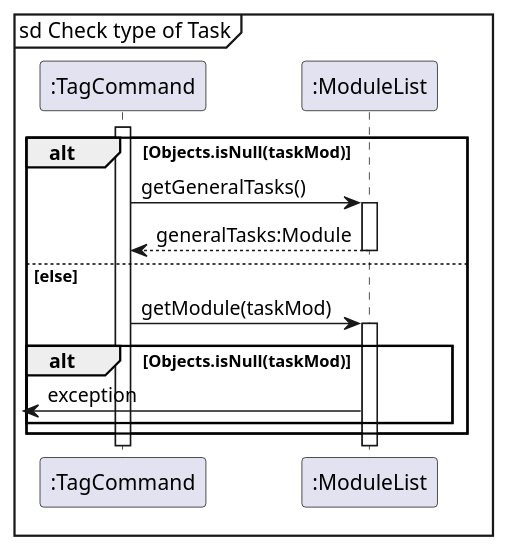
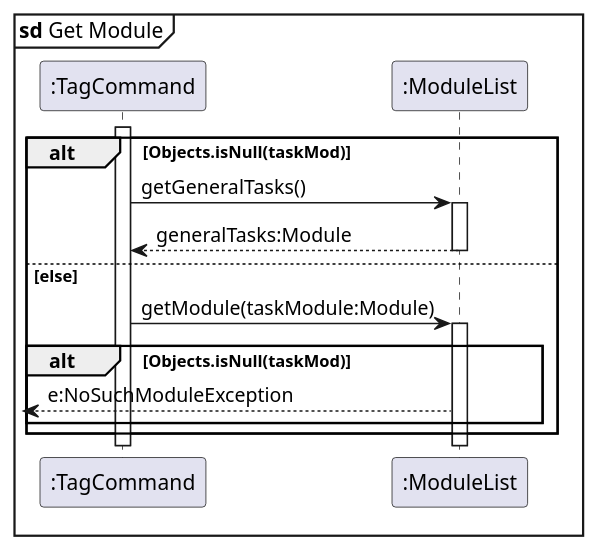
The diagram in docs/TagSeqDiagram/GetModule.puml (nus-cs2113-AY2122S2/tp), drawn with PlantUML before and after one commit. The commit also changed 2 other files, not shown here.

```diff
--- a/docs/TagSeqDiagram/GetModule.puml
+++ b/docs/TagSeqDiagram/GetModule.puml
@@ -1,26 +1,26 @@
 @startuml
 'https://plantuml.com/sequence-diagram
 
 skinparam shadowing false
 participant ":TagCommand" as TagCommand
 participant ":ModuleList" as ModuleList
 
-mainframe sd Check type of Task
+mainframe **sd** Get Module
 
 activate TagCommand
 
 alt Objects.isNull(taskMod)
     TagCommand -> ModuleList: getGeneralTasks()
     activate ModuleList
     return generalTasks:Module
 
 else else
-    TagCommand -> ModuleList: getModule(taskMod)
+    TagCommand -> ModuleList: getModule(taskModule:Module)
     activate ModuleList
 
     alt Objects.isNull(taskMod)
-        [<- ModuleList: exception
+        [<-- ModuleList: e:NoSuchModuleException
 
     end
 end
 @enduml
```
